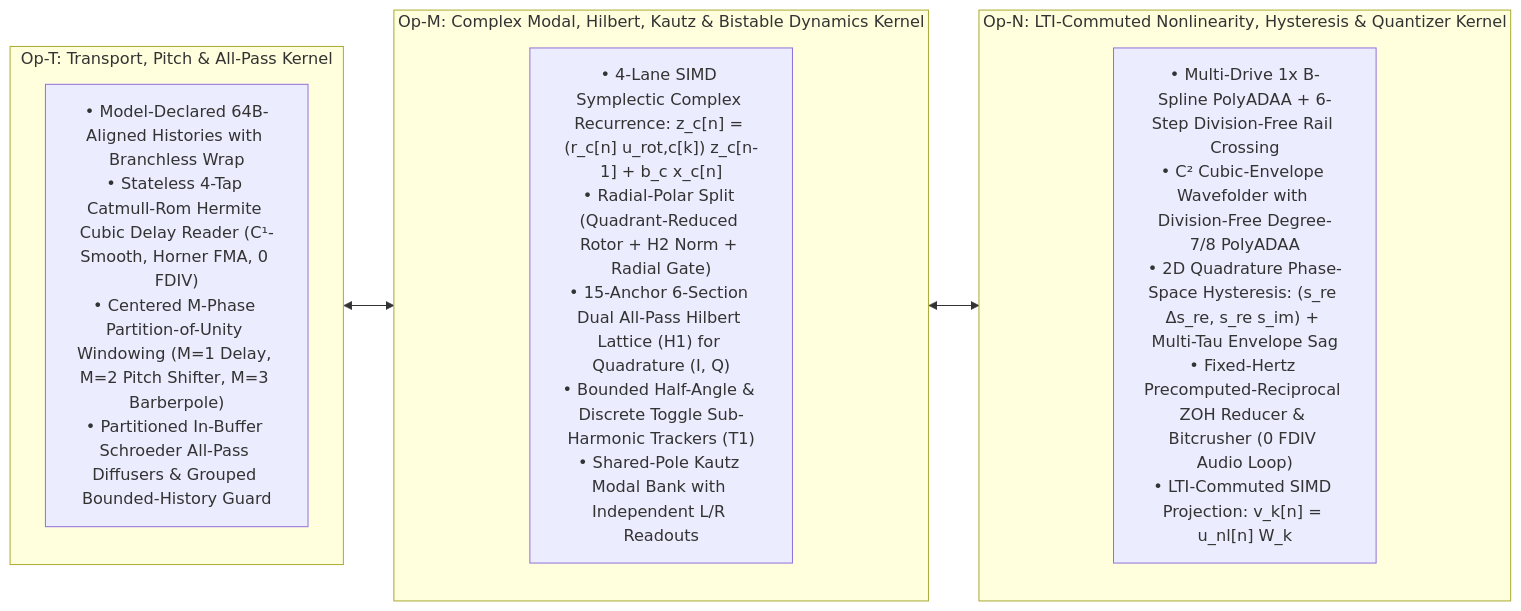
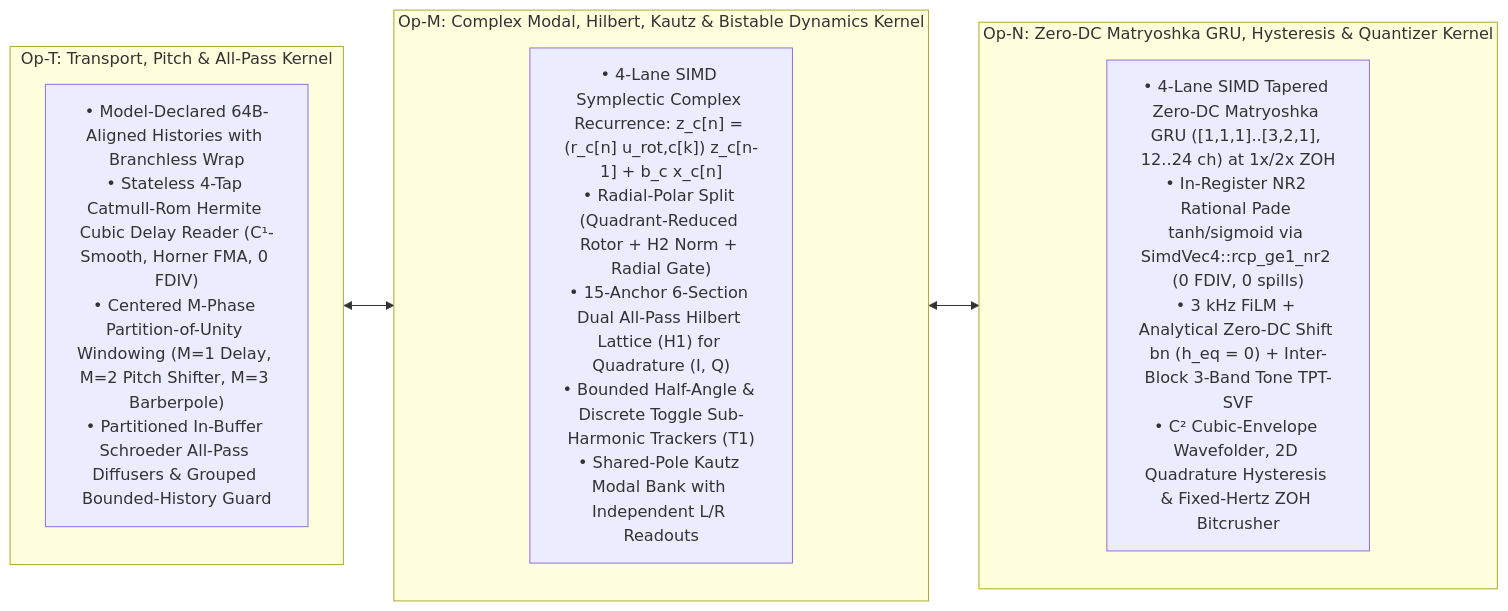
The third of 7 diagrams in docs/specs/architecture/tora_architecture.md (mokugen/dnam), drawn with Mermaid before and after one commit. The commit also changed other lines of this file and 457 other files, not shown here.

First line of the commit message:
feat(engine,capture,ui,docs): checkpoint TORA v3 Matryoshka architecture, REQ-1.9 specs, and zero-barrel UI/SDK

````diff
--- a/docs/specs/architecture/tora_architecture.md
+++ b/docs/specs/architecture/tora_architecture.md
@@ -199,20 +187,20 @@
 ```mermaid
 flowchart LR
     subgraph OpT ["Op-T: Transport, Pitch & All-Pass Kernel"]
         direction TB
         T1["• Model-Declared 64B-Aligned Histories with Branchless Wrap<br/>• Stateless 4-Tap Catmull-Rom Hermite Cubic Delay Reader (C¹-Smooth, Horner FMA, 0 FDIV)<br/>• Centered M-Phase Partition-of-Unity Windowing (M=1 Delay, M=2 Pitch Shifter, M=3 Barberpole)<br/>• Partitioned In-Buffer Schroeder All-Pass Diffusers & Grouped Bounded-History Guard"]
     end
 
     subgraph OpM ["Op-M: Complex Modal, Hilbert, Kautz & Bistable Dynamics Kernel"]
         direction TB
         M1["• 4-Lane SIMD Symplectic Complex Recurrence: z_c[n] = (r_c[n] u_rot,c[k]) z_c[n-1] + b_c x_c[n]<br/>• Radial-Polar Split (Quadrant-Reduced Rotor + H2 Norm + Radial Gate)<br/>• 15-Anchor 6-Section Dual All-Pass Hilbert Lattice (H1) for Quadrature (I, Q)<br/>• Bounded Half-Angle & Discrete Toggle Sub-Harmonic Trackers (T1)<br/>• Shared-Pole Kautz Modal Bank with Independent L/R Readouts"]
     end
 
-    subgraph OpN ["Op-N: LTI-Commuted Nonlinearity, Hysteresis & Quantizer Kernel"]
+    subgraph OpN ["Op-N: Zero-DC Matryoshka GRU, Hysteresis & Quantizer Kernel"]
         direction TB
-        N1["• Multi-Drive 1x B-Spline PolyADAA + 6-Step Division-Free Rail Crossing<br/>• C² Cubic-Envelope Wavefolder with Division-Free Degree-7/8 PolyADAA<br/>• 2D Quadrature Phase-Space Hysteresis: (s_re Δs_re, s_re s_im) + Multi-Tau Envelope Sag<br/>• Fixed-Hertz Precomputed-Reciprocal ZOH Reducer & Bitcrusher (0 FDIV Audio Loop)<br/>• LTI-Commuted SIMD Projection: v_k[n] = u_nl[n] W_k"]
+        N1["• 4-Lane SIMD Tapered Zero-DC Matryoshka GRU ([1,1,1]..[3,2,1], 12..24 ch) at 1x/2x ZOH<br/>• In-Register NR2 Rational Pade tanh/sigmoid via SimdVec4::rcp_ge1_nr2 (0 FDIV, 0 spills)<br/>• 3 kHz FiLM + Analytical Zero-DC Shift bn (h_eq = 0) + Inter-Block 3-Band Tone TPT-SVF<br/>• C² Cubic-Envelope Wavefolder, 2D Quadrature Hysteresis & Fixed-Hertz ZOH Bitcrusher"]
     end
 
     T1 <--> M1
     M1 <--> N1
 ```
````
